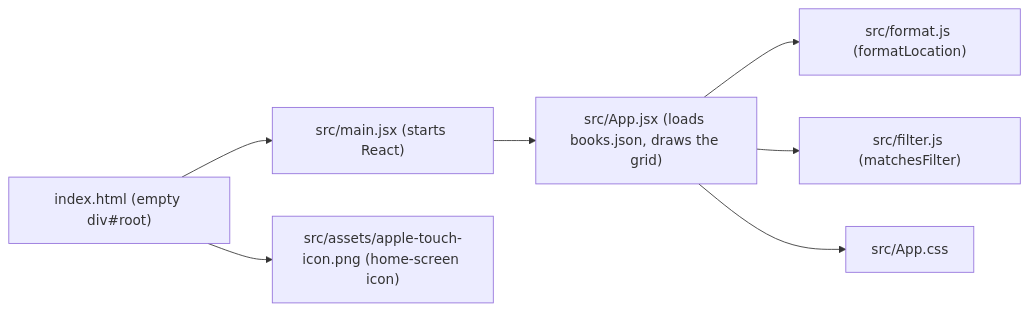
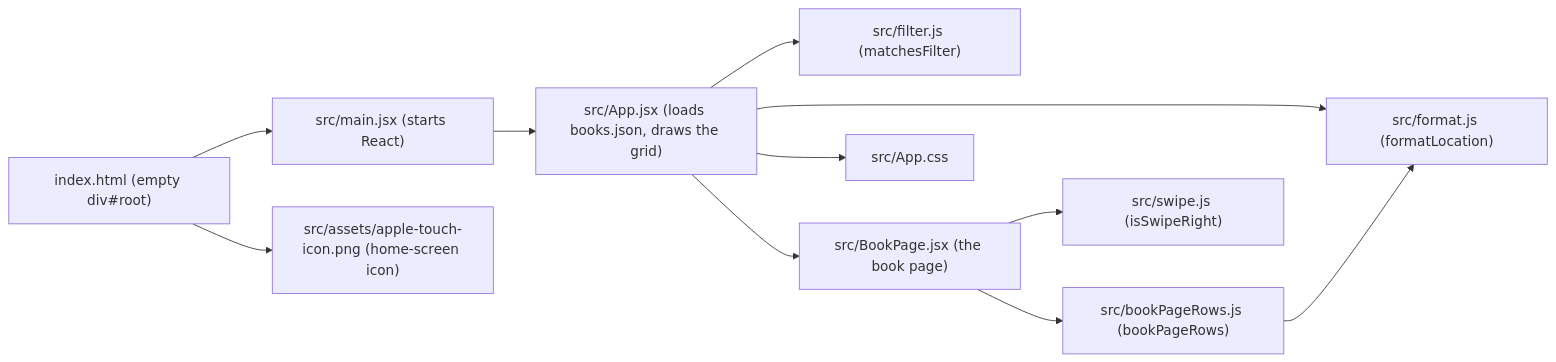
One commit to fschuhi/haddoapp changed the third of 3 diagrams in README.md. Above: the diagram before and after it, drawn with Mermaid. The commit also changed other lines of this file and 3 other files, not shown here.

Commit message:
End of session: the book page in README, HISTORY, TODO and GOALS

````diff
--- a/README.md
+++ b/README.md
@@ -82,9 +84,13 @@
 ```mermaid
 flowchart LR
     html["index.html (empty div#root)"] --> main["src/main.jsx (starts React)"]
     main --> app["src/App.jsx (loads books.json, draws the grid)"]
     app --> fmt["src/format.js (formatLocation)"]
     app --> flt["src/filter.js (matchesFilter)"]
+    app --> page["src/BookPage.jsx (the book page)"]
+    page --> rows["src/bookPageRows.js (bookPageRows)"]
+    rows --> fmt
+    page --> swipe["src/swipe.js (isSwipeRight)"]
     app --> css["src/App.css"]
     html --> icon["src/assets/apple-touch-icon.png (home-screen icon)"]
 ```
````
